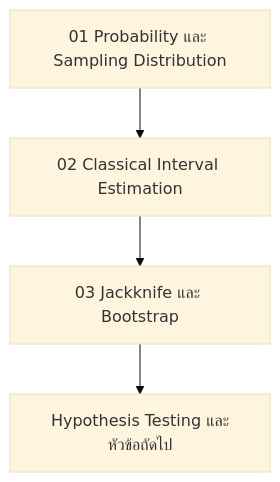
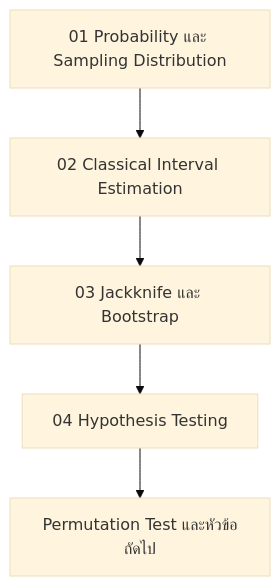
One commit to mdanmek/nida-dads-notes changed the diagram in dads6001-applied_statistics/summary/00_readme.md. Above: the diagram before and after it, drawn with Mermaid (base theme). The commit also changed other lines of this file, not shown here.

````diff
--- a/dads6001-applied_statistics/summary/00_readme.md
+++ b/dads6001-applied_statistics/summary/00_readme.md
@@ -33,6 +34,7 @@
 ```mermaid
 flowchart TD
     A["01 Probability และ Sampling Distribution"] --> B["02 Classical Interval Estimation"]
     B --> C["03 Jackknife และ Bootstrap"]
-    C --> D["Hypothesis Testing และหัวข้อถัดไป"]
+    C --> D["04 Hypothesis Testing"]
+    D --> E["Permutation Test และหัวข้อถัดไป"]
 ```
````
